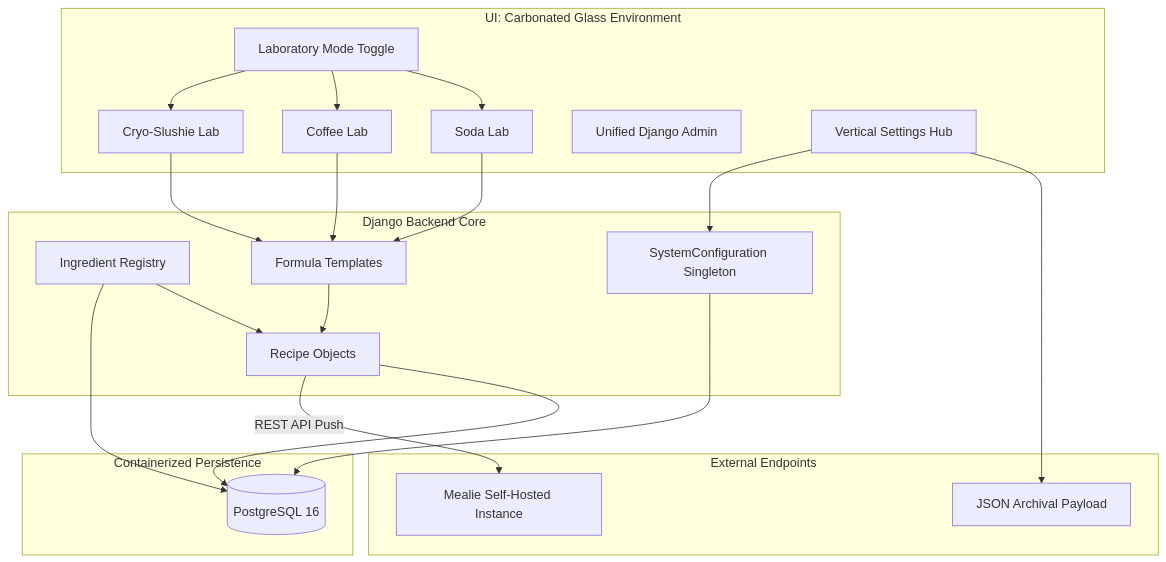
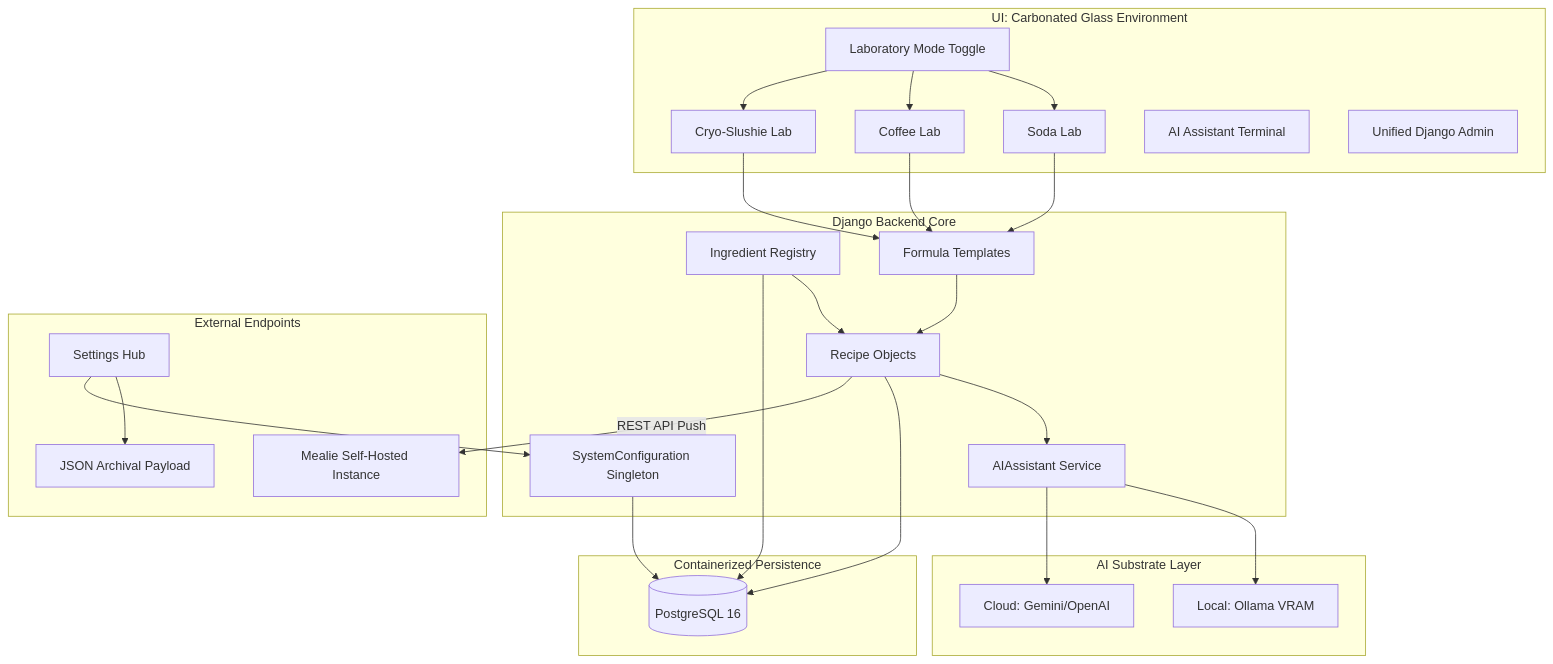
Before and after one commit to castertr0y357/Soda-mixer: the diagram in README.md, drawn with Mermaid. The commit also changed other lines of this file, not shown here.

````diff
--- a/README.md
+++ b/README.md
@@ -61,39 +77,48 @@
 ```mermaid
 graph TD
     subgraph Frontend [UI: Carbonated Glass Environment]
         LabMod[Laboratory Mode Toggle] --> SODA[Soda Lab]
         LabMod --> COFF[Coffee Lab]
         LabMod --> CRYO[Cryo-Slushie Lab]
+        Console[AI Assistant Terminal]
         UI_Admin[Unified Django Admin]
-        Settings[Vertical Settings Hub]
     end
 
     subgraph Core [Django Backend Core]
         Ing[Ingredient Registry]
         Form[Formula Templates]
         Rec[Recipe Objects]
+        AI_Svc[AIAssistant Service]
         SysConf[SystemConfiguration Singleton]
         
         SODA --> Form
         COFF --> Form
         CRYO --> Form
         Form --> Rec
         Ing --> Rec
+        Rec --> AI_Svc
     end
 
     subgraph Data [Containerized Persistence]
         DB[(PostgreSQL 16)]
         Rec --> DB
         Ing --> DB
         SysConf --> DB
     end
     
+    subgraph Neural [AI Substrate Layer]
+        Ollama[Local: Ollama VRAM]
+        Cloud[Cloud: Gemini/OpenAI]
+        AI_Svc --> Ollama
+        AI_Svc --> Cloud
+    end
+
     subgraph External [External Endpoints]
         Mealie[Mealie Self-Hosted Instance]
         Export[JSON Archival Payload]
         
-        Settings --> Export
+        Settings[Settings Hub] --> Export
         Settings --> SysConf
         Rec -- "REST API Push" --> Mealie
     end
 ```
````
